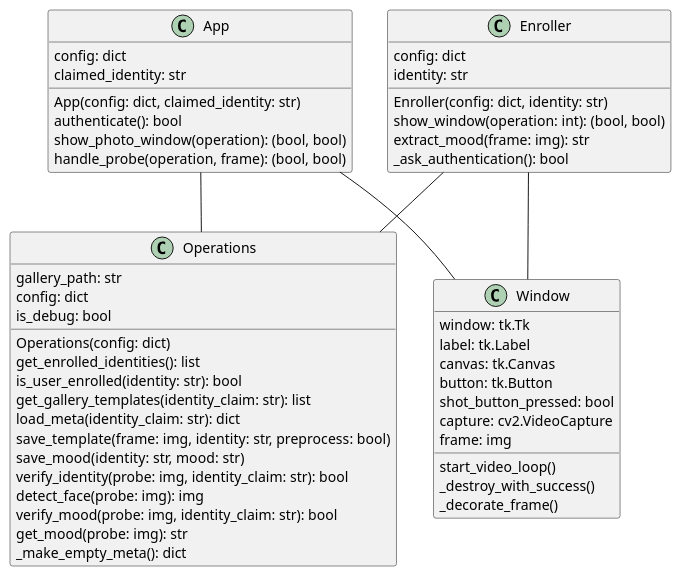
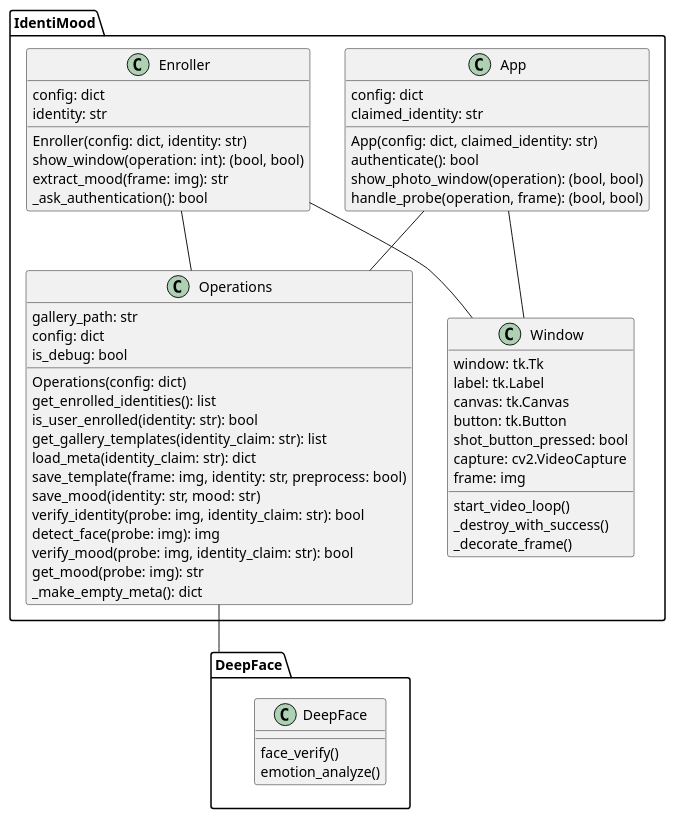
The diagram in docs/class-diagram.puml (IdentiMood/IdentiMood), drawn with PlantUML before and after one commit.

Commit message:
Update class diagram
Add packages and DeepFace

```diff
--- a/docs/class-diagram.puml
+++ b/docs/class-diagram.puml
@@ -1,61 +1,72 @@
 @startuml class-diagram
 
-App -- Operations
-App -- Window
-Enroller -- Operations
-Enroller -- Window
+package "IdentiMood" {
+    App -- Operations
+    App -- Window
+    Enroller -- Operations
+    Enroller -- Window
+    
+    class App {
+        config: dict
+        claimed_identity: str
+        
+        App(config: dict, claimed_identity: str)
+        authenticate(): bool
+        show_photo_window(operation): (bool, bool)
+        handle_probe(operation, frame): (bool, bool)
+    }
 
-class App {
-    config: dict
-    claimed_identity: str
-    
-    App(config: dict, claimed_identity: str)
-    authenticate(): bool
-    show_photo_window(operation): (bool, bool)
-    handle_probe(operation, frame): (bool, bool)
+    class Operations {
+        gallery_path: str
+        config: dict
+        is_debug: bool
+
+        Operations(config: dict)
+        get_enrolled_identities(): list
+        is_user_enrolled(identity: str): bool
+        get_gallery_templates(identity_claim: str): list
+        load_meta(identity_claim: str): dict
+        save_template(frame: img, identity: str, preprocess: bool)
+        save_mood(identity: str, mood: str)
+        verify_identity(probe: img, identity_claim: str): bool
+        detect_face(probe: img): img
+        verify_mood(probe: img, identity_claim: str): bool
+        get_mood(probe: img): str
+        _make_empty_meta(): dict
+    }
+
+    class Window {
+        window: tk.Tk
+        label: tk.Label
+        canvas: tk.Canvas
+        button: tk.Button
+        shot_button_pressed: bool
+        capture: cv2.VideoCapture
+        frame: img
+
+        start_video_loop()
+        _destroy_with_success()
+        _decorate_frame()
+    }
+
+    class Enroller {
+        config: dict
+        identity: str
+
+        Enroller(config: dict, identity: str)
+        show_window(operation: int): (bool, bool)
+        extract_mood(frame: img): str
+        _ask_authentication(): bool
+    }
 }
 
-class Operations {
-    gallery_path: str
-    config: dict
-    is_debug: bool
-
-    Operations(config: dict)
-    get_enrolled_identities(): list
-    is_user_enrolled(identity: str): bool
-    get_gallery_templates(identity_claim: str): list
-    load_meta(identity_claim: str): dict
-    save_template(frame: img, identity: str, preprocess: bool)
-    save_mood(identity: str, mood: str)
-    verify_identity(probe: img, identity_claim: str): bool
-    detect_face(probe: img): img
-    verify_mood(probe: img, identity_claim: str): bool
-    get_mood(probe: img): str
-    _make_empty_meta(): dict
+package "DeepFace" {
+    class DeepFace {
+        face_verify()
+        emotion_analyze()
+    }
 }
 
-class Window {
-    window: tk.Tk
-    label: tk.Label
-    canvas: tk.Canvas
-    button: tk.Button
-    shot_button_pressed: bool
-    capture: cv2.VideoCapture
-    frame: img
-
-    start_video_loop()
-    _destroy_with_success()
-    _decorate_frame()
-}
-
-class Enroller {
-    config: dict
-    identity: str
-
-    Enroller(config: dict, identity: str)
-    show_window(operation: int): (bool, bool)
-    extract_mood(frame: img): str
-    _ask_authentication(): bool
-}
+Operations -- DeepFace
 
 @enduml
```
